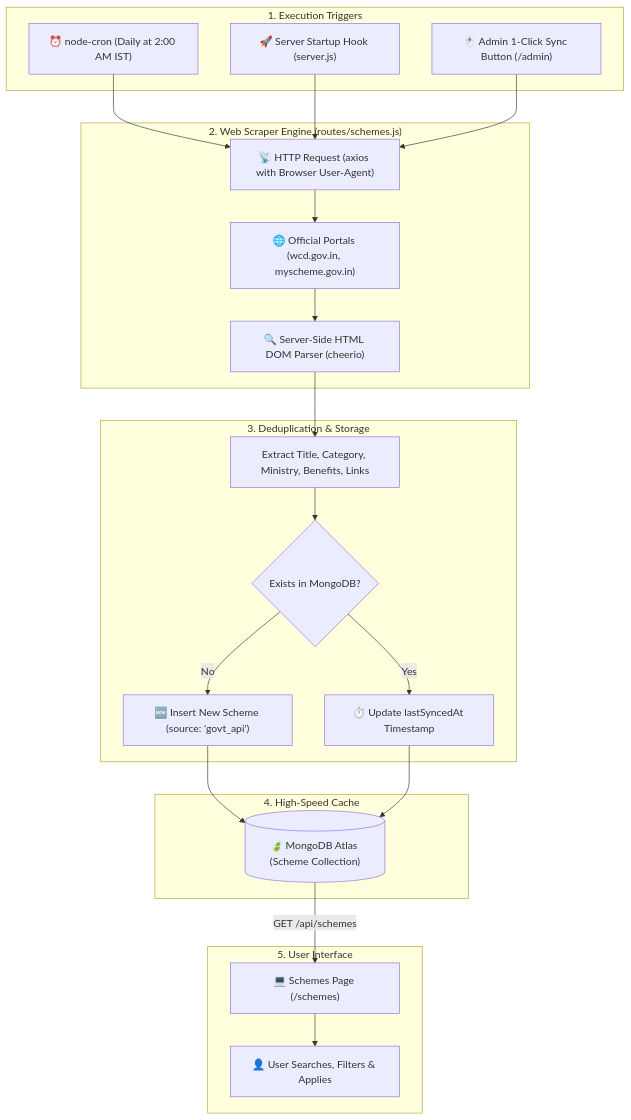
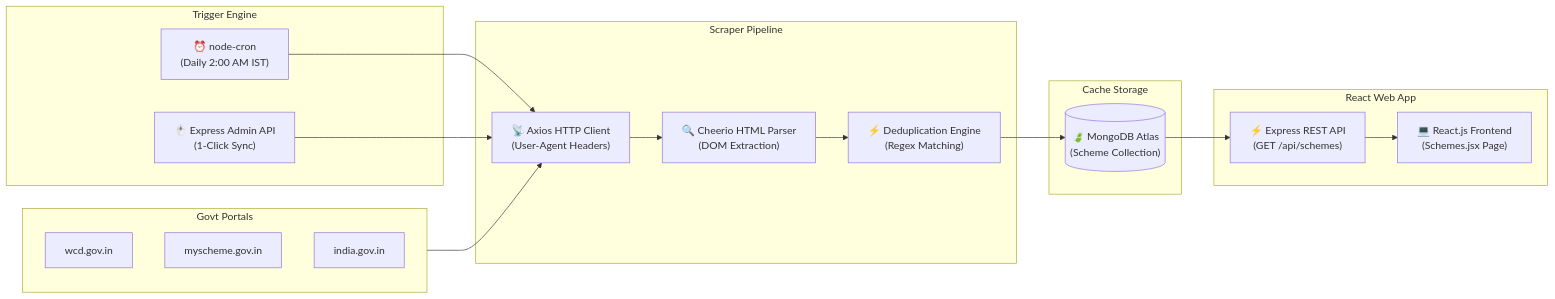
Before and after one commit to 24CS059Aemi/CS26047-SheFinance-Women-Financial-Inclusion-Website: the diagram in README.md, drawn with Mermaid. The commit also changed other lines of this file, not shown here.

Commit message:
docs: add compact tech-stack web scraper diagram and technology mapping table to README.md

````diff
--- a/README.md
+++ b/README.md
@@ -40,48 +40,37 @@
 ```mermaid
-flowchart TD
-    subgraph Triggers ["1. Execution Triggers"]
-        T1["⏰ node-cron (Daily at 2:00 AM IST)"]
-        T2["🚀 Server Startup Hook (server.js)"]
-        T3["🖱️ Admin 1-Click Sync Button (/admin)"]
+graph LR
+    subgraph Sources["Govt Portals"]
+        G1["wcd.gov.in"]
+        G2["myscheme.gov.in"]
+        G3["india.gov.in"]
     end
 
-    subgraph ScraperEngine ["2. Web Scraper Engine (routes/schemes.js)"]
-        A["📡 HTTP Request (axios with Browser User-Agent)"]
-        B["🌐 Official Portals (wcd.gov.in, myscheme.gov.in)"]
-        C["🔍 Server-Side HTML DOM Parser (cheerio)"]
+    subgraph Automation["Trigger Engine"]
+        CR["⏰ node-cron<br/>(Daily 2:00 AM IST)"]
+        AD["🖱️ Express Admin API<br/>(1-Click Sync)"]
     end
 
-    subgraph DataPipeline ["3. Deduplication & Storage"]
-        D["Extract Title, Category, Ministry, Benefits, Links"]
-        E{"Exists in MongoDB?"}
-        F["🆕 Insert New Scheme (source: 'govt_api')"]
-        G["⏱️ Update lastSyncedAt Timestamp"]
+    subgraph Engine["Scraper Pipeline"]
+        AX["📡 Axios HTTP Client<br/>(User-Agent Headers)"]
+        CH["🔍 Cheerio HTML Parser<br/>(DOM Extraction)"]
+        DD["⚡ Deduplication Engine<br/>(Regex Matching)"]
     end
 
-    subgraph Database ["4. High-Speed Cache"]
-        H[("🍃 MongoDB Atlas (Scheme Collection)")]
+    subgraph Database["Cache Storage"]
+        MG[("🍃 MongoDB Atlas<br/>(Scheme Collection)")]
     end
 
-    subgraph Frontend ["5. User Interface"]
-        I["💻 Schemes Page (/schemes)"]
-        J["👤 User Searches, Filters & Applies"]
+    subgraph UI["React Web App"]
+        EX["⚡ Express REST API<br/>(GET /api/schemes)"]
+        RC["💻 React.js Frontend<br/>(Schemes.jsx Page)"]
     end
 
-    T1 --> A
-    T2 --> A
-    T3 --> A
-
-    A --> B
-    B --> C
-    C --> D
-    D --> E
-
-    E -- No --> F
-    E -- Yes --> G
-
-    F --> H
-    G --> H
-
-    H -->|GET /api/schemes| I
-    I --> J
+    Sources --> AX
+    CR --> AX
+    AD --> AX
+    AX --> CH
+    CH --> DD
+    DD --> MG
+    MG --> EX
+    EX --> RC
 ```
````
